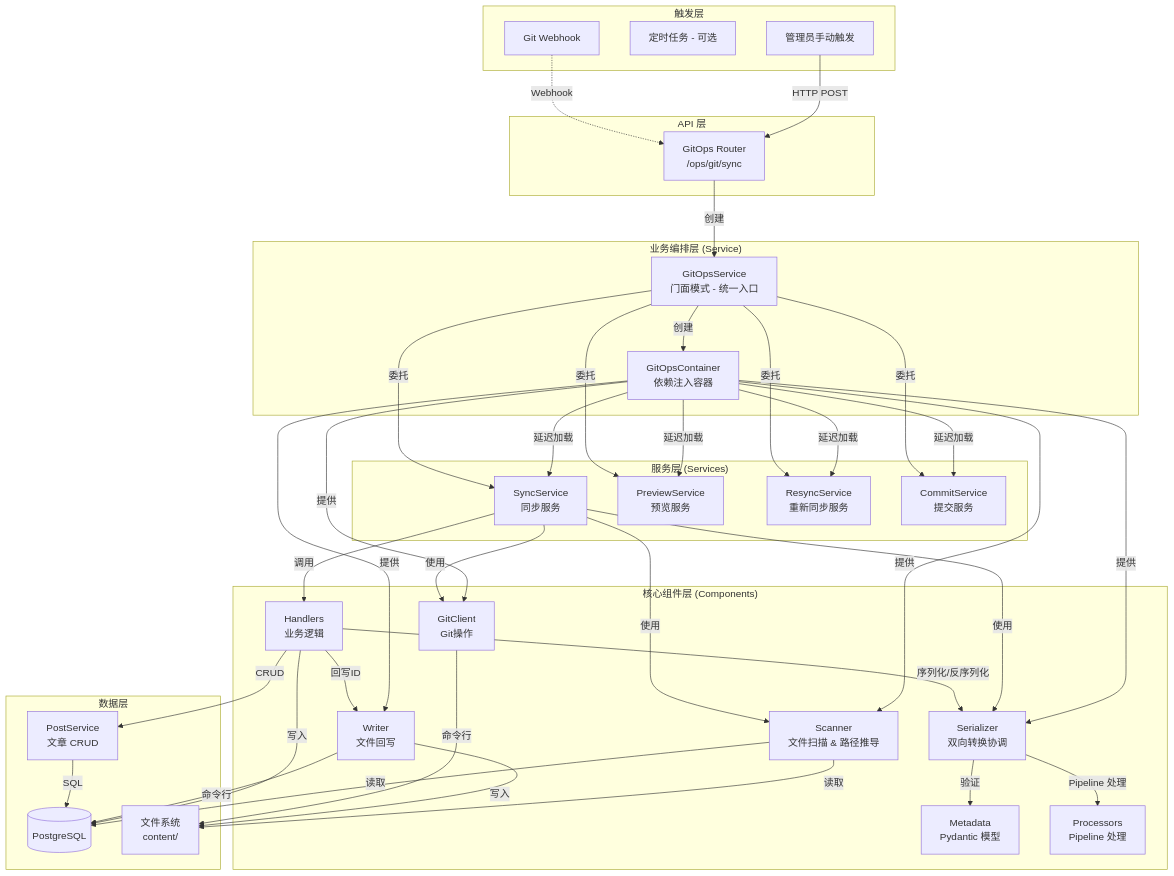
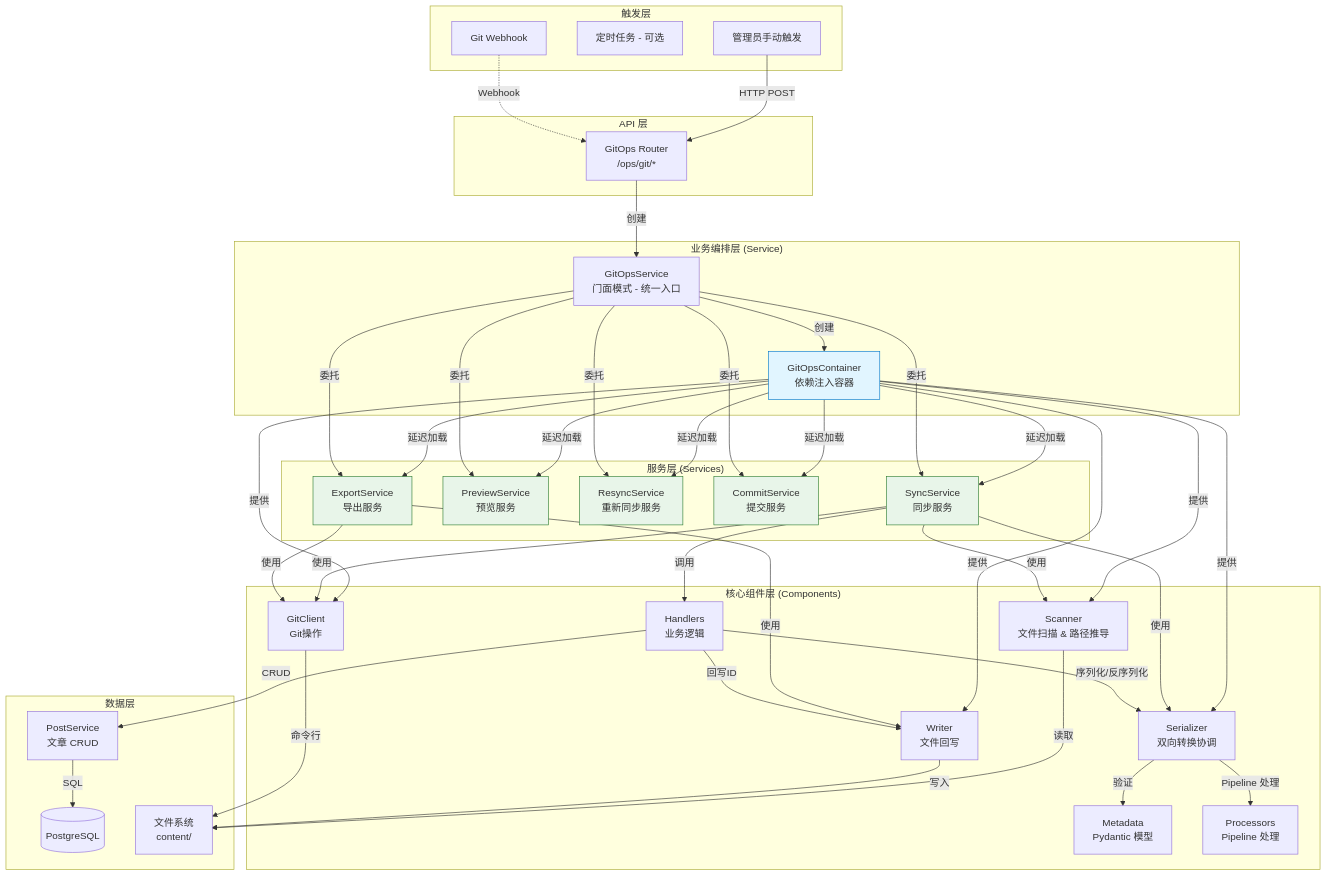
The first of 7 diagrams in backend/app/git_ops/ARCHITECTURE.md (sumanin5/blog_fr), drawn with Mermaid before and after one commit. The commit also changed other lines of this file and 56 other files, not shown here.

First line of the commit message:
docs(git_ops): 更新 GitOps 模块文档和架构说明，新增 ExportService

````diff
--- a/backend/app/git_ops/ARCHITECTURE.md
+++ b/backend/app/git_ops/ARCHITECTURE.md
@@ -7,79 +7,74 @@
 ```mermaid
 graph TB
     subgraph "触发层"
         A1[管理员手动触发]
         A2[定时任务 - 可选]
         A3[Git Webhook]
     end
 
     subgraph "API 层"
-        B[GitOps Router<br>/ops/git/sync]
+        B[GitOps Router<br>/ops/git/*]
     end
 
     subgraph "业务编排层 (Service)"
         C[GitOpsService<br>门面模式 - 统一入口]
         Container[GitOpsContainer<br>依赖注入容器]
     end
 
     subgraph "服务层 (Services)"
         S1[SyncService<br>同步服务]
         S2[PreviewService<br>预览服务]
         S3[ResyncService<br>重新同步服务]
         S4[CommitService<br>提交服务]
+        S5[ExportService<br>导出服务]
     end
 
     subgraph "核心组件层 (Components)"
         D[Scanner<br>文件扫描 & 路径推导]
         E[Metadata<br>Pydantic 模型]
         F[Serializer<br>双向转换协调]
         G[Processors<br>Pipeline 处理]
         H[Handlers<br>业务逻辑]
         I[Writer<br>文件回写]
         J[GitClient<br>Git操作]
     end
 
     subgraph "数据层"
         K[PostService<br>文章 CRUD]
         L[(PostgreSQL)]
         M[文件系统<br>content/]
     end
 
     A1 -->|HTTP POST| B
     A3 -.->|Webhook| B
 
     B -->|创建| C
     C -->|创建| Container
-    Container -->|延迟加载| S1
-    Container -->|延迟加载| S2
-    Container -->|延迟加载| S3
-    Container -->|延迟加载| S4
+    Container -->|延迟加载| S1 & S2 & S3 & S4 & S5
 
-    C -->|委托| S1
-    C -->|委托| S2
-    C -->|委托| S3
-    C -->|委托| S4
+    C -->|委托| S1 & S2 & S3 & S4 & S5
 
-    Container -->|提供| D
-    Container -->|提供| F
-    Container -->|提供| I
-    Container -->|提供| J
+    Container -->|提供| D & F & I & J
 
-    S1 -->|使用| D
-    S1 -->|使用| F
-    S1 -->|使用| J
+    S1 -->|使用| D & F & J
     S1 -->|调用| H
+    S5 -->|使用| I & J
 
     H -->|序列化/反序列化| F
     F -->|验证| E
     F -->|Pipeline 处理| G
     H -->|CRUD| K
     H -->|回写ID| I
 
     K -->|SQL| L
     D -->|读取| M
     I -->|写入| M
     J -->|命令行| M
-    D -->|读取| L
-    H -->|写入| L
-    I -->|命令行| L
+
+    style Container fill:#e1f5ff,stroke:#0077cc
+    style S1 fill:#e8f5e9,stroke:#2e7d32
+    style S2 fill:#e8f5e9,stroke:#2e7d32
+    style S3 fill:#e8f5e9,stroke:#2e7d32
+    style S4 fill:#e8f5e9,stroke:#2e7d32
+    style S5 fill:#e8f5e9,stroke:#2e7d32
 ```
````
